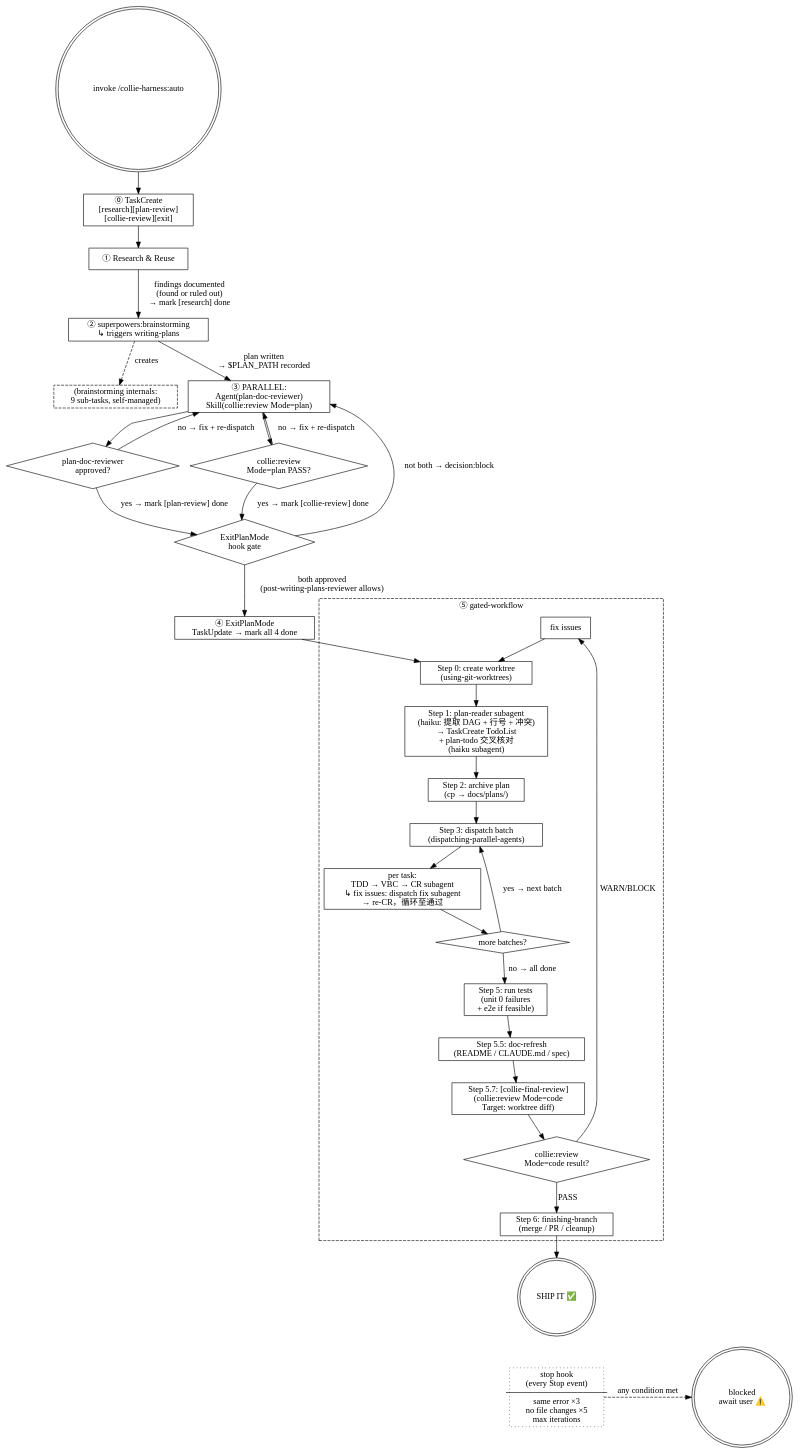
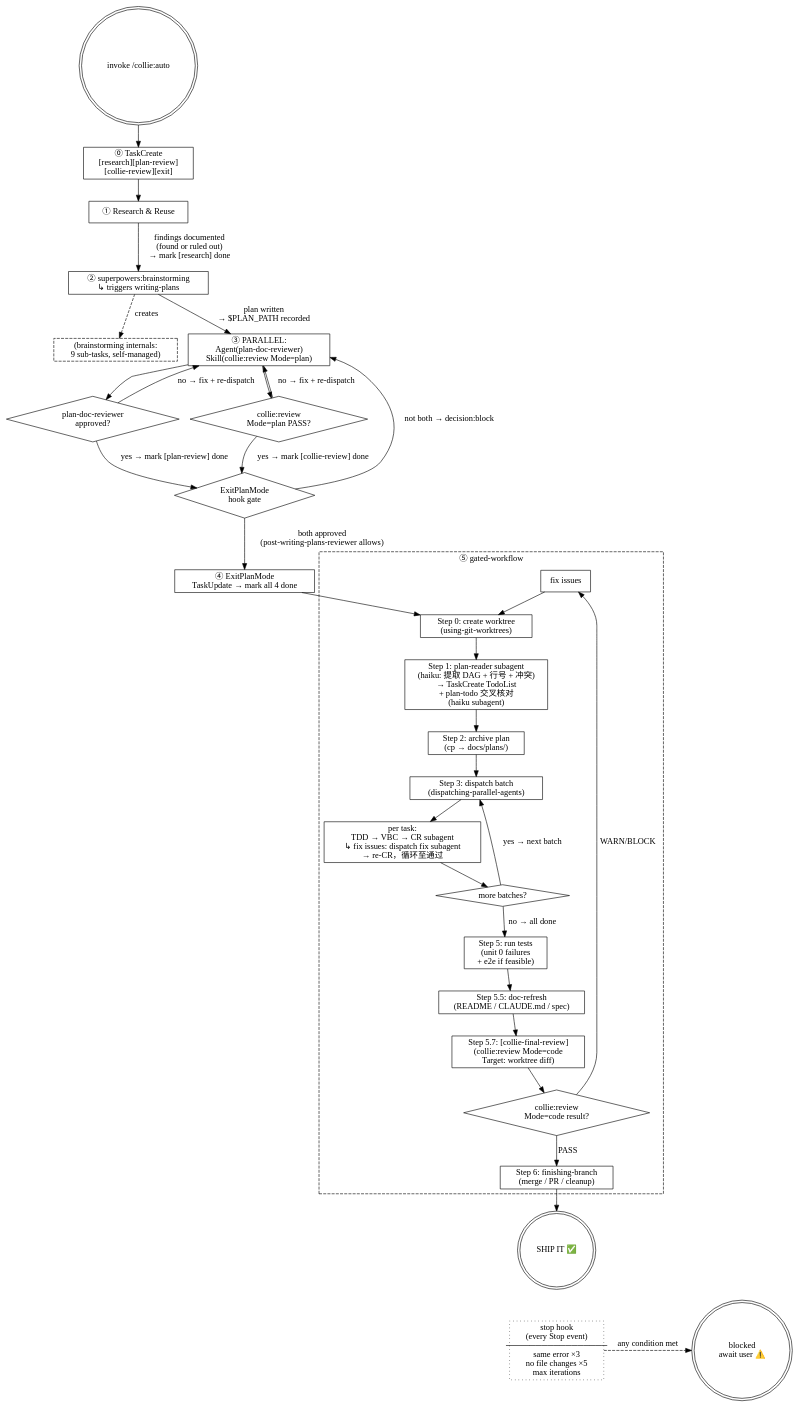
One commit to lkv1988/collie-harness changed the diagram in docs/auto-state-machine-detailed.md. Above: the diagram before and after it, drawn with Graphviz. The commit also changed other lines of this file and 61 other files, not shown here.

First line of the commit message:
refactor: 全局品牌统一 — collie-harness → collie, memory-palace → memory, gated-workflow → flow

````diff
--- a/docs/auto-state-machine-detailed.md
+++ b/docs/auto-state-machine-detailed.md
@@ -3,7 +3,7 @@
 ```dot
 digraph collie_auto {
     // ── Terminals ────────────────────────────────────────────────
-    "invoke /collie-harness:auto" [shape=doublecircle];
+    "invoke /collie:auto" [shape=doublecircle];
     "SHIP IT ✅"                  [shape=doublecircle];
     "blocked\nawait user ⚠️" [shape=doublecircle];
 
@@ -24,7 +24,7 @@
     "fix issues"                                                    [shape=box];
 
     // ── Main flow ────────────────────────────────────────────────
-    "invoke /collie-harness:auto"
+    "invoke /collie:auto"
         -> "⓪ TaskCreate\n[research][plan-review]\n[collie-review][exit]";
 
     "⓪ TaskCreate\n[research][plan-review]\n[collie-review][exit]"
````
